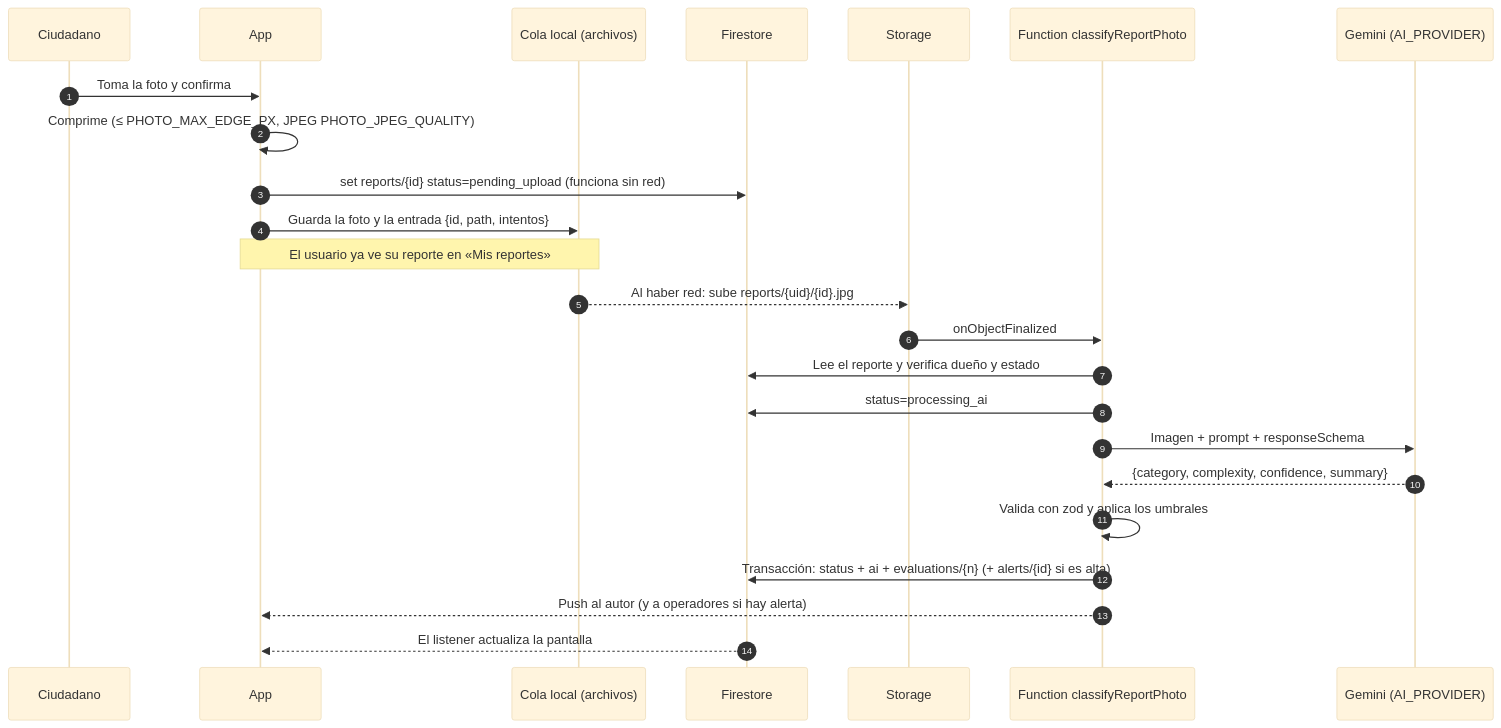
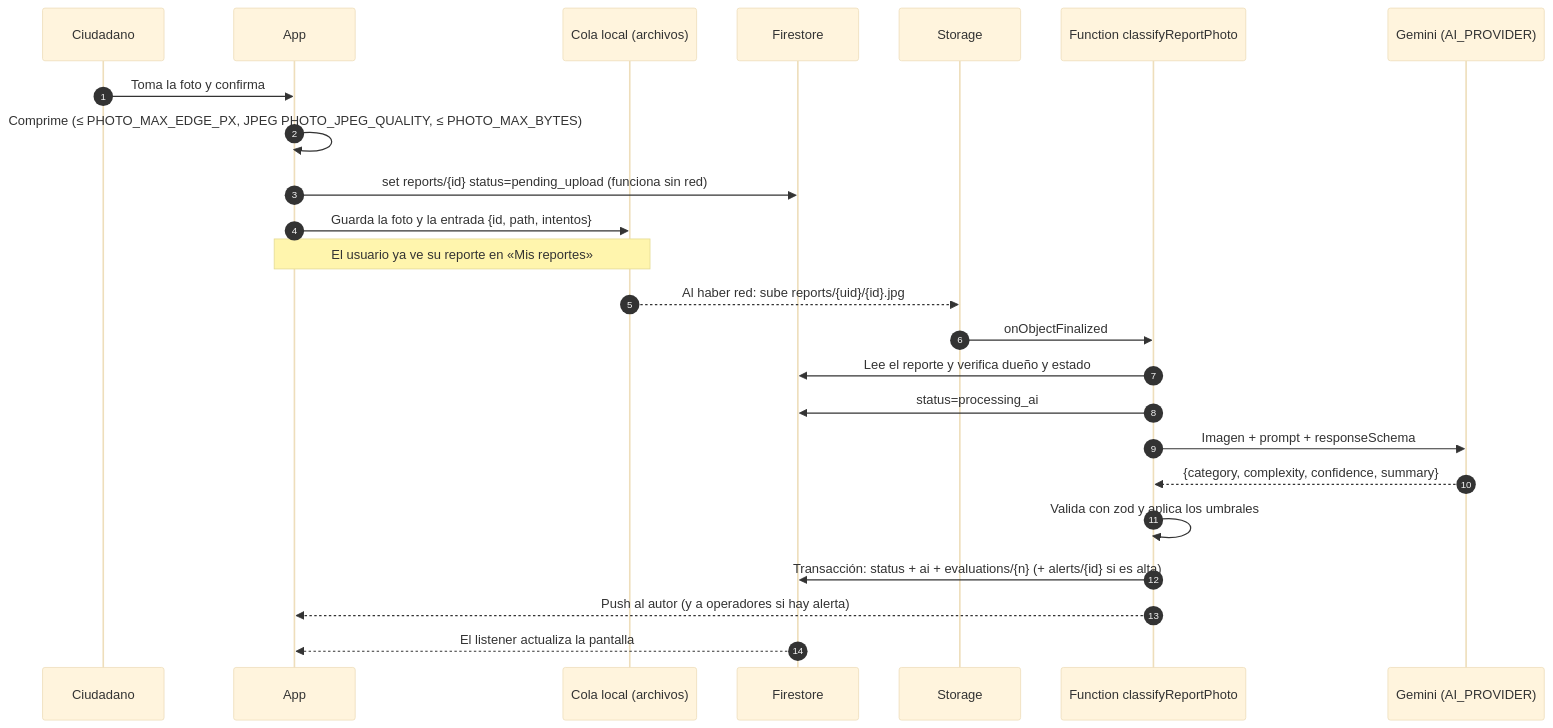
Before and after one commit to JulianCVM/ecoreporte: the second of 3 diagrams in docs/02-arquitectura.md, drawn with Mermaid (base theme). The commit also changed 20 other files, not shown here.

````diff
--- a/docs/02-arquitectura.md
+++ b/docs/02-arquitectura.md
@@ -31,26 +31,26 @@
 ```mermaid
 sequenceDiagram
   autonumber
   participant U as Ciudadano
   participant A as App
   participant Q as Cola local (archivos)
   participant F as Firestore
   participant S as Storage
   participant FN as Function classifyReportPhoto
   participant G as Gemini (AI_PROVIDER)
   U->>A: Toma la foto y confirma
-  A->>A: Comprime (≤ PHOTO_MAX_EDGE_PX, JPEG PHOTO_JPEG_QUALITY)
+  A->>A: Comprime (≤ PHOTO_MAX_EDGE_PX, JPEG PHOTO_JPEG_QUALITY, ≤ PHOTO_MAX_BYTES)
   A->>F: set reports/{id} status=pending_upload (funciona sin red)
   A->>Q: Guarda la foto y la entrada {id, path, intentos}
   Note over A,Q: El usuario ya ve su reporte en «Mis reportes»
   Q-->>S: Al haber red: sube reports/{uid}/{id}.jpg
   S->>FN: onObjectFinalized
   FN->>F: Lee el reporte y verifica dueño y estado
   FN->>F: status=processing_ai
   FN->>G: Imagen + prompt + responseSchema
   G-->>FN: {category, complexity, confidence, summary}
   FN->>FN: Valida con zod y aplica los umbrales
   FN->>F: Transacción: status + ai + evaluations/{n} (+ alerts/{id} si es alta)
   FN-->>A: Push al autor (y a operadores si hay alerta)
   F-->>A: El listener actualiza la pantalla
 ```
````
